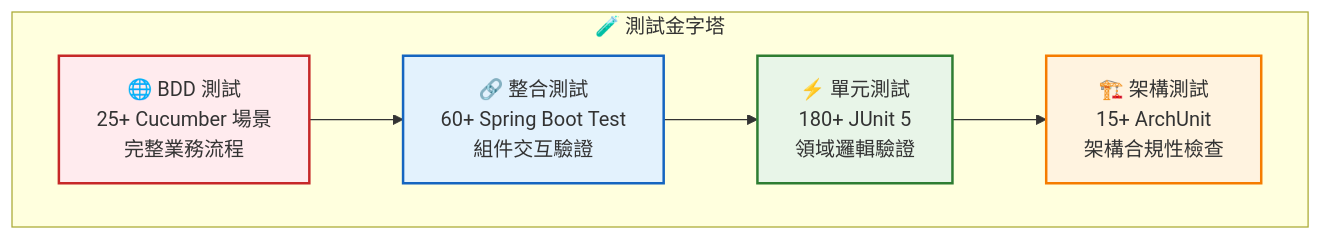
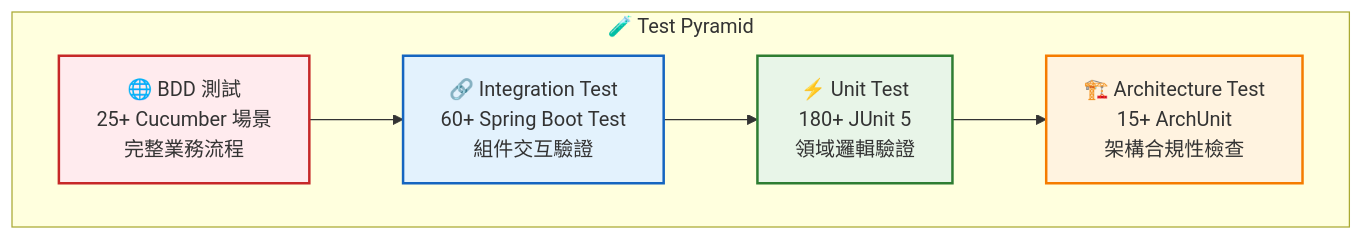
The fifth of 5 diagrams in docs/en/architecture/overview.md (humank/genai-demo), drawn with Mermaid before and after one commit. The commit also changed other lines of this file and 583 other files, not shown here.

````diff
--- a/docs/en/architecture/overview.md
+++ b/docs/en/architecture/overview.md
@@ -320,23 +318,23 @@
 ```mermaid
 graph TB
-    subgraph "🧪 測試金字塔"
+    subgraph "🧪 Test Pyramid"
         E2E["🌐 BDD 測試<br/>25+ Cucumber 場景<br/>完整業務流程"]
-        INT["🔗 整合測試<br/>60+ Spring Boot Test<br/>組件交互驗證"]
-        UNIT["⚡ 單元測試<br/>180+ JUnit 5<br/>領域邏輯驗證"]
-        ARCH["🏗️ 架構測試<br/>15+ ArchUnit<br/>架構合規性檢查"]
+        INT["🔗 Integration Test<br/>60+ Spring Boot Test<br/>組件交互驗證"]
+        UNIT["⚡ Unit Test<br/>180+ JUnit 5<br/>領域邏輯驗證"]
+        ARCH["🏗️ Architecture Test<br/>15+ ArchUnit<br/>架構合規性檢查"]
     end
     
     E2E --> INT
     INT --> UNIT
     UNIT --> ARCH
     
     classDef e2e fill:#ffebee,stroke:#c62828,stroke-width:2px
     classDef integration fill:#e3f2fd,stroke:#1565c0,stroke-width:2px
     classDef unit fill:#e8f5e8,stroke:#2e7d32,stroke-width:2px
     classDef architecture fill:#fff3e0,stroke:#f57c00,stroke-width:2px
     
     class E2E e2e
     class INT integration
     class UNIT unit
     class ARCH architecture
 ```
````
